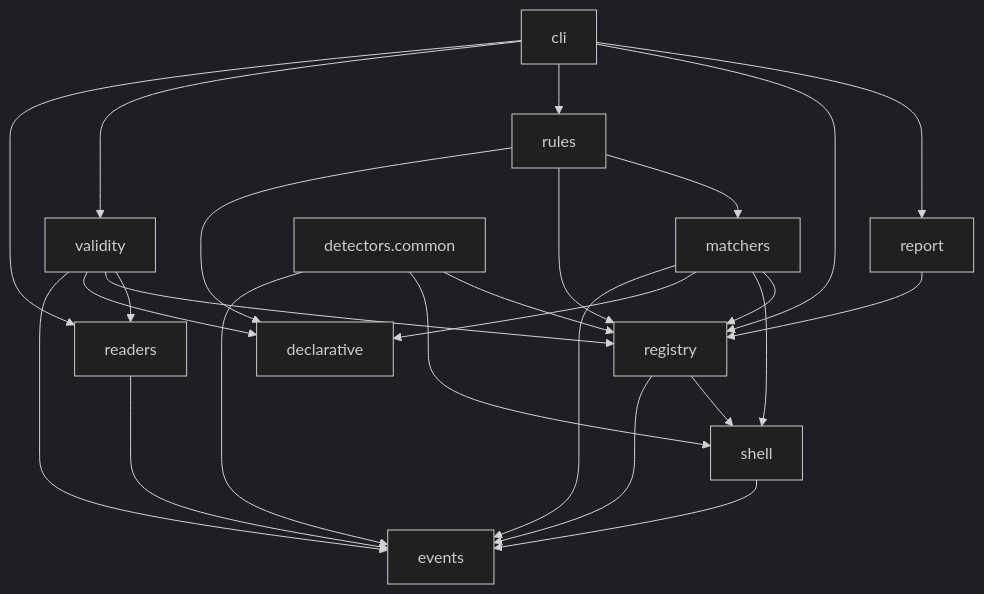
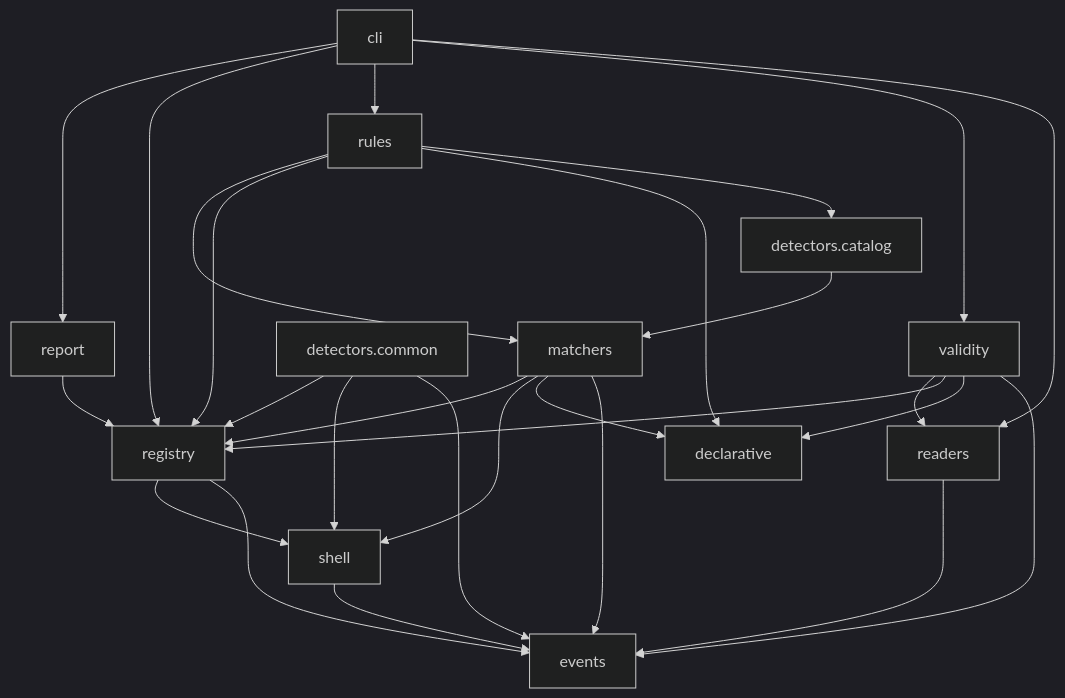
Before and after one commit to JakeSelby/ruleprobe: the second of 3 diagrams in _bmad-output/planning-artifacts/architecture-spines/architecture-ruleprobe-2026-09-23/ARCHITECTURE-SPINE.md, drawn with Mermaid (dark theme). The commit also changed other lines of this file and 54 other files, not shown here.

````diff
--- a/_bmad-output/planning-artifacts/architecture-spines/architecture-ruleprobe-2026-09-23/ARCHITECTURE-SPINE.md
+++ b/_bmad-output/planning-artifacts/architecture-spines/architecture-ruleprobe-2026-09-23/ARCHITECTURE-SPINE.md
@@ -88,27 +90,29 @@
 ```mermaid
 flowchart TD
   cli --> report
   cli --> registry
   cli --> rules
   cli --> validity
   cli --> readers
   validity --> readers
   validity --> registry
   validity --> declarative
   validity --> events
   report --> registry
   rules --> matchers
   rules --> registry
   rules --> declarative
+  rules --> detectors_catalog[detectors.catalog]
+  detectors_catalog --> matchers
   matchers --> registry
   matchers --> shell
   matchers --> declarative
   matchers --> events
   detectors_common[detectors.common] --> registry
   detectors_common --> shell
   detectors_common --> events
   registry --> shell
   registry --> events
   shell --> events
   readers --> events
 ```
````
